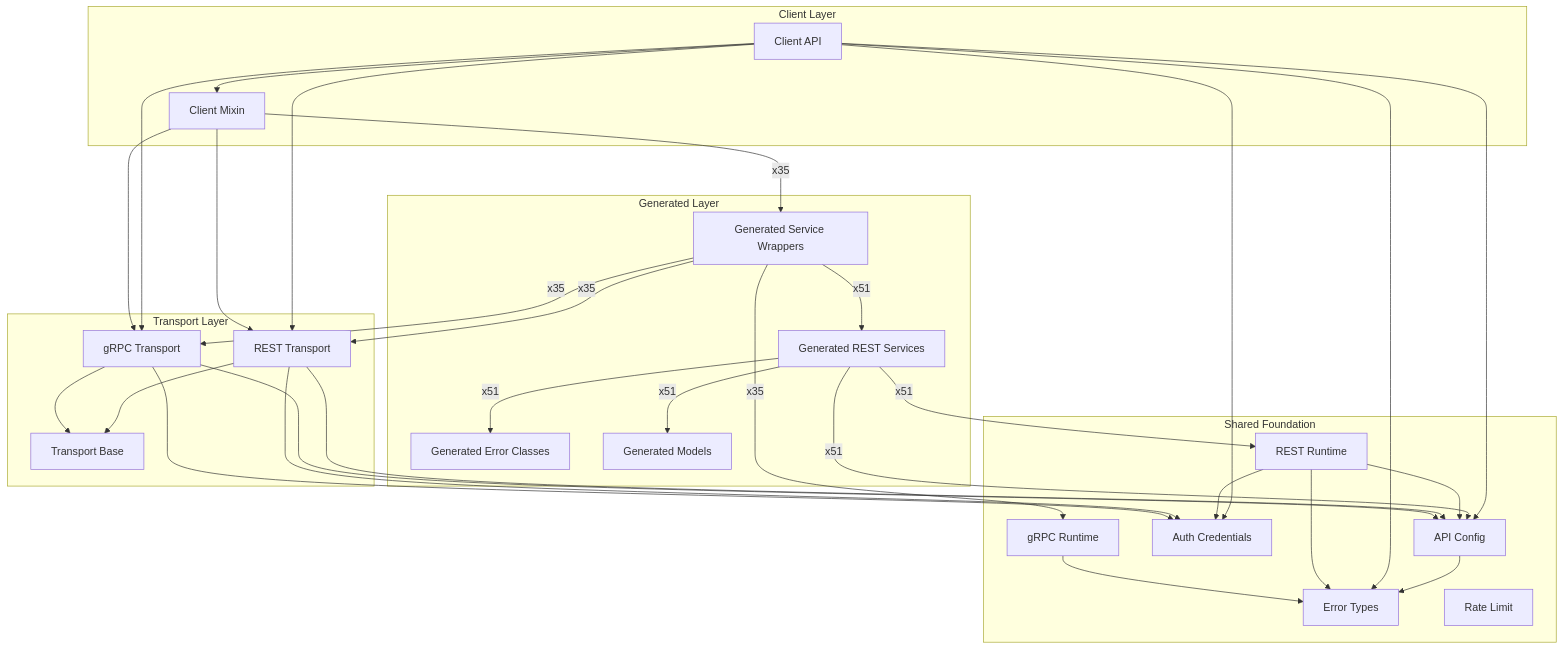
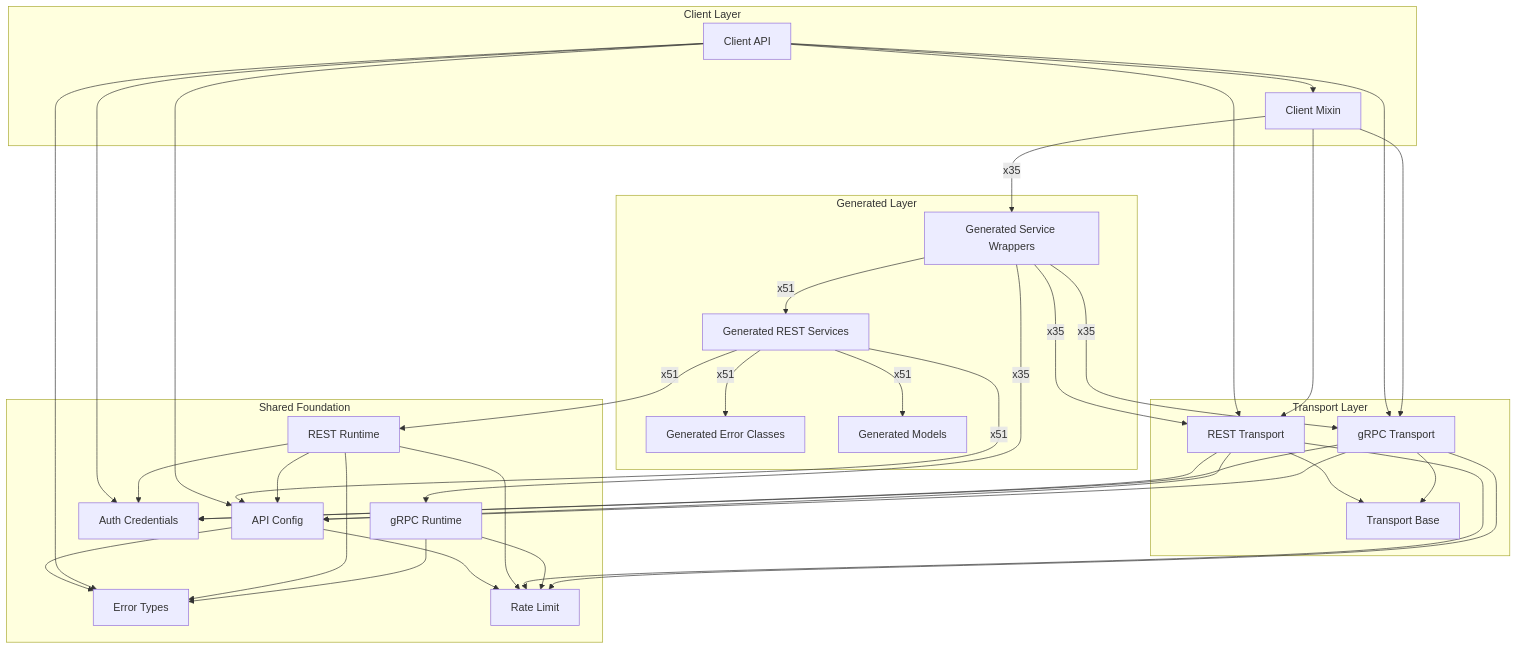
One commit to alexdearaujo/community_sdk_python changed the diagram in docs/sphinx/sdk_runtime_architecture.md. Above: the diagram before and after it, drawn with Mermaid. The commit also changed 15 other files, not shown here.

````diff
--- a/docs/sphinx/sdk_runtime_architecture.md
+++ b/docs/sphinx/sdk_runtime_architecture.md
@@ -22,55 +22,60 @@
 ```mermaid
 flowchart TB
     subgraph client["Client Layer"]
         Client_API["Client API"]
         Client_Mixin["Client Mixin"]
     end
     subgraph generated["Generated Layer"]
         Generated_Error_Classes["Generated Error Classes"]
         Generated_Models["Generated Models"]
         Generated_REST_Services["Generated REST Services"]
         Generated_Service_Wrappers["Generated Service Wrappers"]
     end
     subgraph transport["Transport Layer"]
         REST_Transport["REST Transport"]
         Transport_Base["Transport Base"]
         gRPC_Transport["gRPC Transport"]
     end
     subgraph foundation["Shared Foundation"]
         API_Config["API Config"]
         Auth_Credentials["Auth Credentials"]
         Error_Types["Error Types"]
         REST_Runtime["REST Runtime"]
         Rate_Limit["Rate Limit"]
         gRPC_Runtime["gRPC Runtime"]
     end
 
     API_Config --> Error_Types
+    API_Config --> Rate_Limit
     Client_API --> API_Config
     Client_API --> Auth_Credentials
     Client_API --> Client_Mixin
     Client_API --> Error_Types
     Client_API --> REST_Transport
     Client_API --> gRPC_Transport
     Client_Mixin -->|"x35"| Generated_Service_Wrappers
     Client_Mixin --> REST_Transport
     Client_Mixin --> gRPC_Transport
     Generated_REST_Services -->|"x51"| API_Config
     Generated_REST_Services -->|"x51"| Generated_Error_Classes
     Generated_REST_Services -->|"x51"| Generated_Models
     Generated_REST_Services -->|"x51"| REST_Runtime
     Generated_Service_Wrappers -->|"x51"| Generated_REST_Services
     Generated_Service_Wrappers -->|"x35"| REST_Transport
     Generated_Service_Wrappers -->|"x35"| gRPC_Runtime
     Generated_Service_Wrappers -->|"x35"| gRPC_Transport
     REST_Runtime --> API_Config
     REST_Runtime --> Auth_Credentials
     REST_Runtime --> Error_Types
+    REST_Runtime --> Rate_Limit
     REST_Transport --> API_Config
     REST_Transport --> Auth_Credentials
+    REST_Transport --> Rate_Limit
     REST_Transport --> Transport_Base
     gRPC_Runtime --> Error_Types
+    gRPC_Runtime --> Rate_Limit
     gRPC_Transport --> API_Config
     gRPC_Transport --> Auth_Credentials
+    gRPC_Transport --> Rate_Limit
     gRPC_Transport --> Transport_Base
 ```
````
